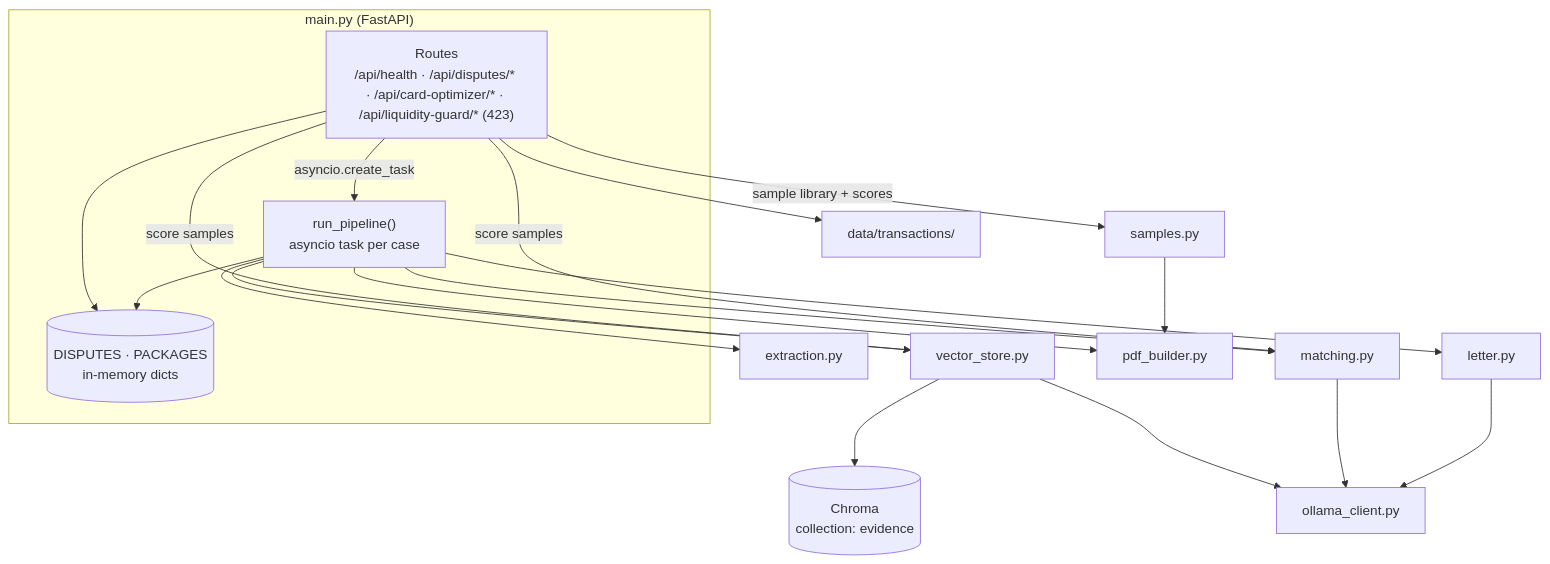
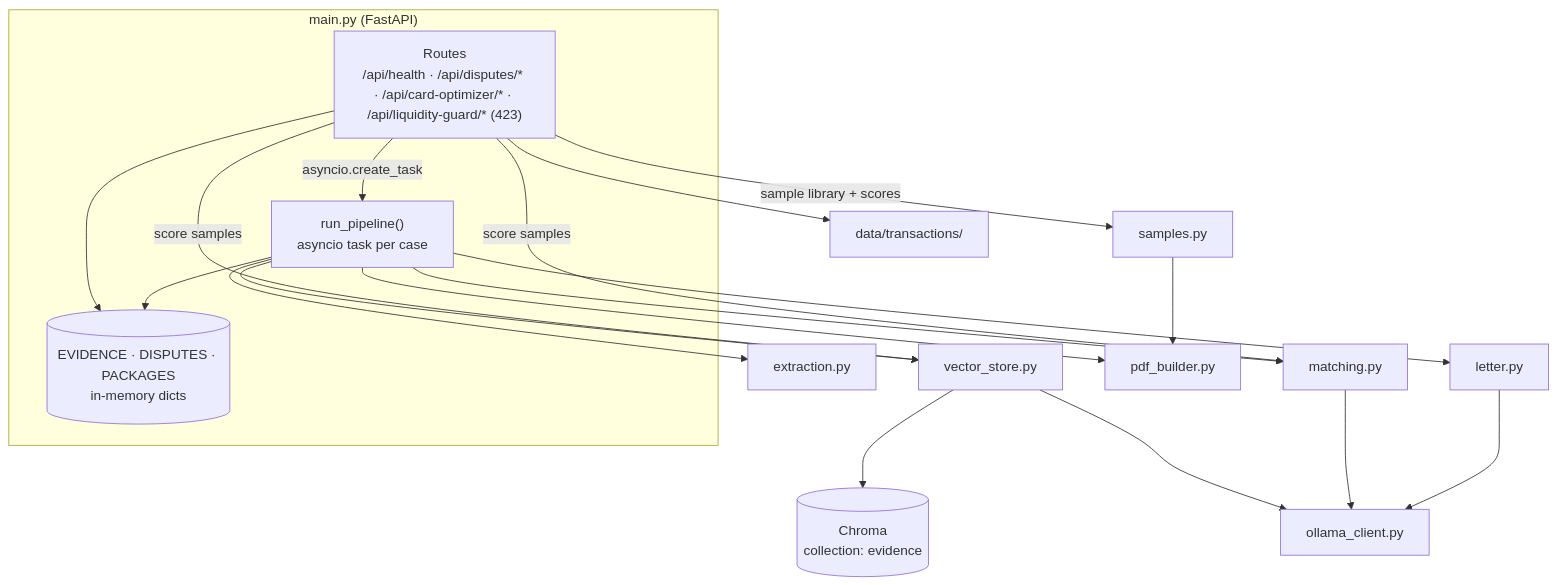
Before and after one commit to rajatrao/payment_intelligence: the second of 7 diagrams in docs/ARCHITECTURE.md, drawn with Mermaid. The commit also changed other lines of this file and 6 other files, not shown here.

````diff
--- a/docs/ARCHITECTURE.md
+++ b/docs/ARCHITECTURE.md
@@ -84,32 +84,32 @@
 ```mermaid
 flowchart TB
     subgraph api["main.py (FastAPI)"]
         routes["Routes<br/>/api/health · /api/disputes/* · /api/card-optimizer/* · /api/liquidity-guard/* (423)"]
         pipeline["run_pipeline()<br/>asyncio task per case"]
-        store[("DISPUTES · PACKAGES<br/>in-memory dicts")]
+        store[("EVIDENCE · DISPUTES · PACKAGES<br/>in-memory dicts")]
     end
     data["data/transactions/"]
     samples["samples.py"]
     extraction["extraction.py"]
     matching["matching.py"]
     vstore["vector_store.py"]
     chroma[("Chroma<br/>collection: evidence")]
     letter["letter.py"]
     ollama["ollama_client.py"]
     pdf["pdf_builder.py"]
 
     routes --> data
     routes --> store
     routes -- "asyncio.create_task" --> pipeline
     pipeline --> extraction
     pipeline --> vstore --> ollama
     vstore --> chroma
     pipeline --> matching --> ollama
     pipeline --> letter --> ollama
     pipeline --> pdf
     pipeline --> store
     routes -- "sample library + scores" --> samples
     samples --> pdf
     routes -- "score samples" --> vstore
     routes -- "score samples" --> matching
 ```
````
